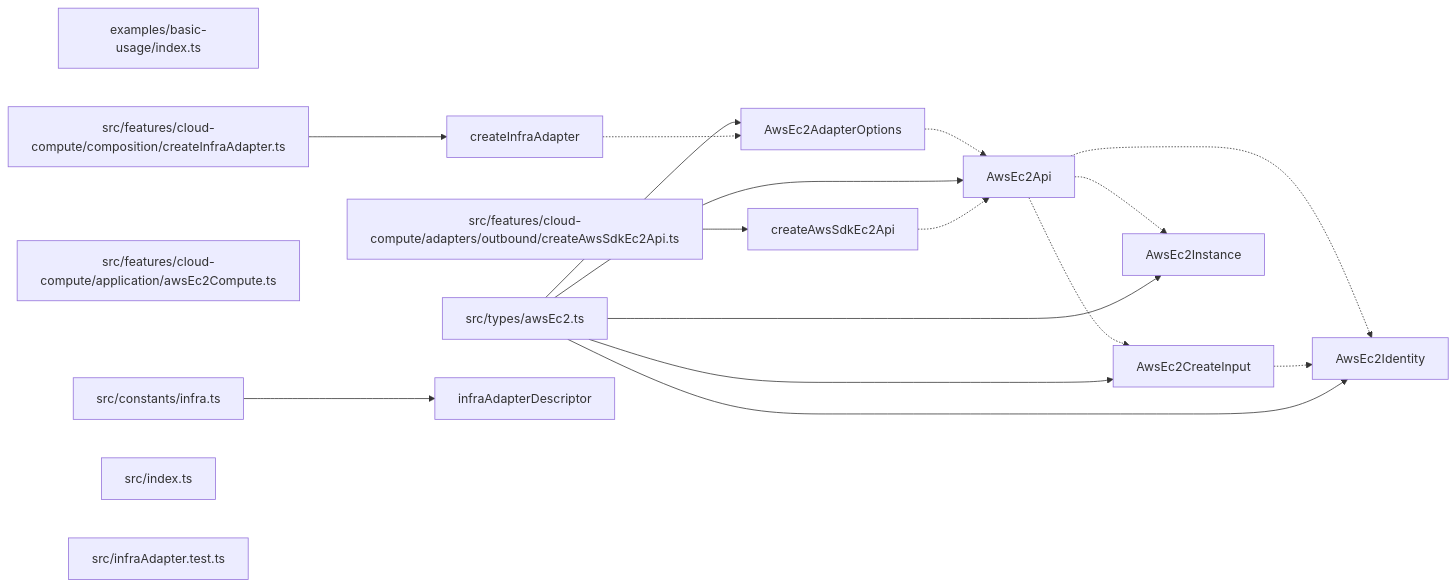
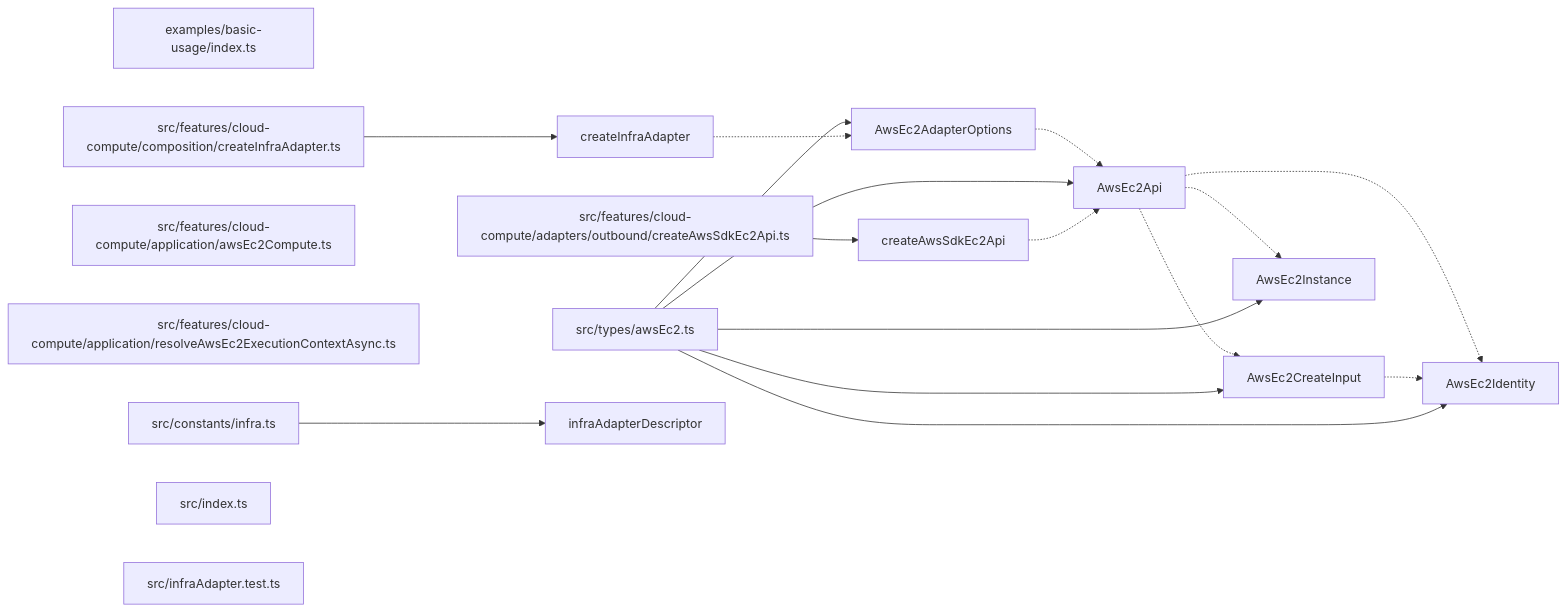
The diagram in paradox/diagrams/export-graph.mmd (ankhorage/infra-aws-ec2), drawn with Mermaid before and after one commit. The commit also changed 11 other files, not shown here.

```diff
--- a/paradox/diagrams/export-graph.mmd
+++ b/paradox/diagrams/export-graph.mmd
@@ -1,32 +1,33 @@
 graph LR
   module_examples_basic_usage_index_ts["examples/basic-usage/index.ts"]
   module_src_constants_infra_ts["src/constants/infra.ts"]
   module_src_features_cloud_compute_adapters_outbound_createAwsSdkEc2Api_ts["src/features/cloud-compute/adapters/outbound/createAwsSdkEc2Api.ts"]
   module_src_features_cloud_compute_application_awsEc2Compute_ts["src/features/cloud-compute/application/awsEc2Compute.ts"]
+  module_src_features_cloud_compute_application_resolveAwsEc2ExecutionContextAsync_ts["src/features/cloud-compute/application/resolveAwsEc2ExecutionContextAsync.ts"]
   module_src_features_cloud_compute_composition_createInfraAdapter_ts["src/features/cloud-compute/composition/createInfraAdapter.ts"]
   module_src_index_ts["src/index.ts"]
   module_src_infraAdapter_test_ts["src/infraAdapter.test.ts"]
   module_src_types_awsEc2_ts["src/types/awsEc2.ts"]
   export_AwsEc2AdapterOptions["AwsEc2AdapterOptions"]
   module_src_types_awsEc2_ts --> export_AwsEc2AdapterOptions
   export_AwsEc2AdapterOptions -.-> export_AwsEc2Api
   export_AwsEc2Api["AwsEc2Api"]
   module_src_types_awsEc2_ts --> export_AwsEc2Api
   export_AwsEc2Api -.-> export_AwsEc2CreateInput
   export_AwsEc2Api -.-> export_AwsEc2Identity
   export_AwsEc2Api -.-> export_AwsEc2Instance
   export_AwsEc2CreateInput["AwsEc2CreateInput"]
   module_src_types_awsEc2_ts --> export_AwsEc2CreateInput
   export_AwsEc2CreateInput -.-> export_AwsEc2Identity
   export_AwsEc2Identity["AwsEc2Identity"]
   module_src_types_awsEc2_ts --> export_AwsEc2Identity
   export_AwsEc2Instance["AwsEc2Instance"]
   module_src_types_awsEc2_ts --> export_AwsEc2Instance
   export_createAwsSdkEc2Api["createAwsSdkEc2Api"]
   module_src_features_cloud_compute_adapters_outbound_createAwsSdkEc2Api_ts --> export_createAwsSdkEc2Api
   export_createAwsSdkEc2Api -.-> export_AwsEc2Api
   export_createInfraAdapter["createInfraAdapter"]
   module_src_features_cloud_compute_composition_createInfraAdapter_ts --> export_createInfraAdapter
   export_createInfraAdapter -.-> export_AwsEc2AdapterOptions
   export_infraAdapterDescriptor["infraAdapterDescriptor"]
   module_src_constants_infra_ts --> export_infraAdapterDescriptor
```
